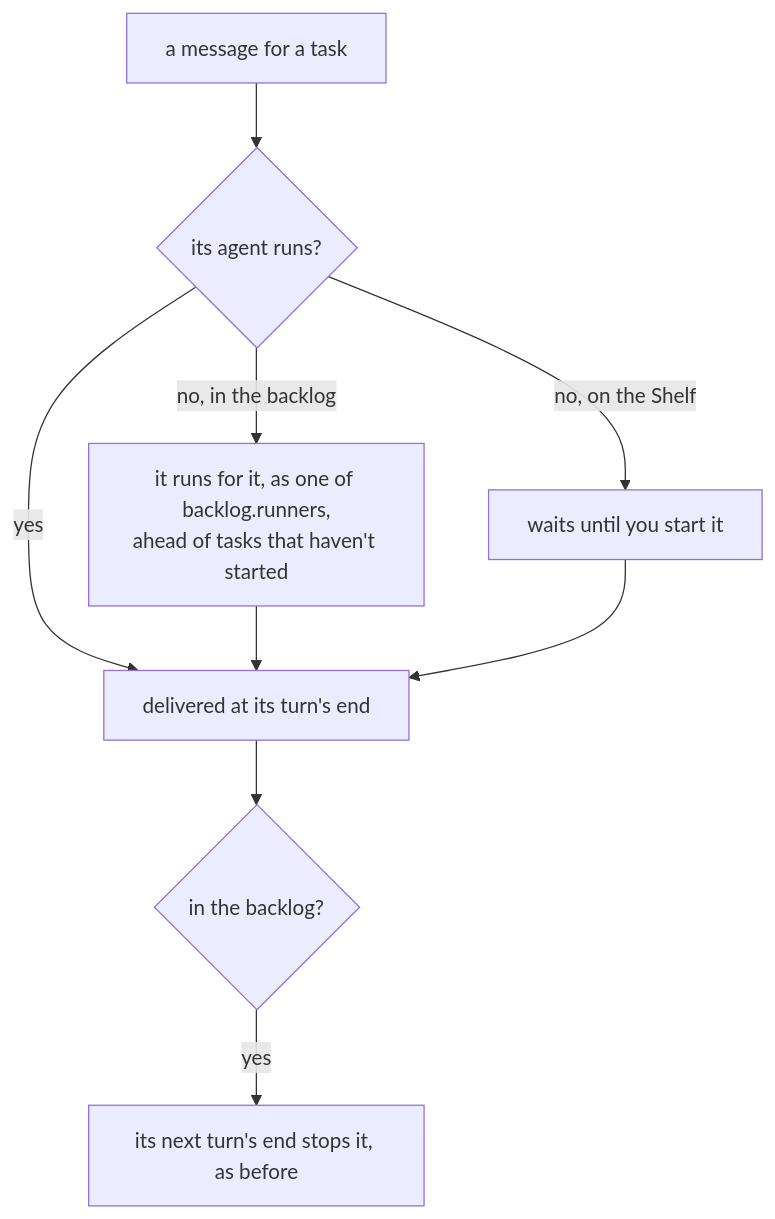
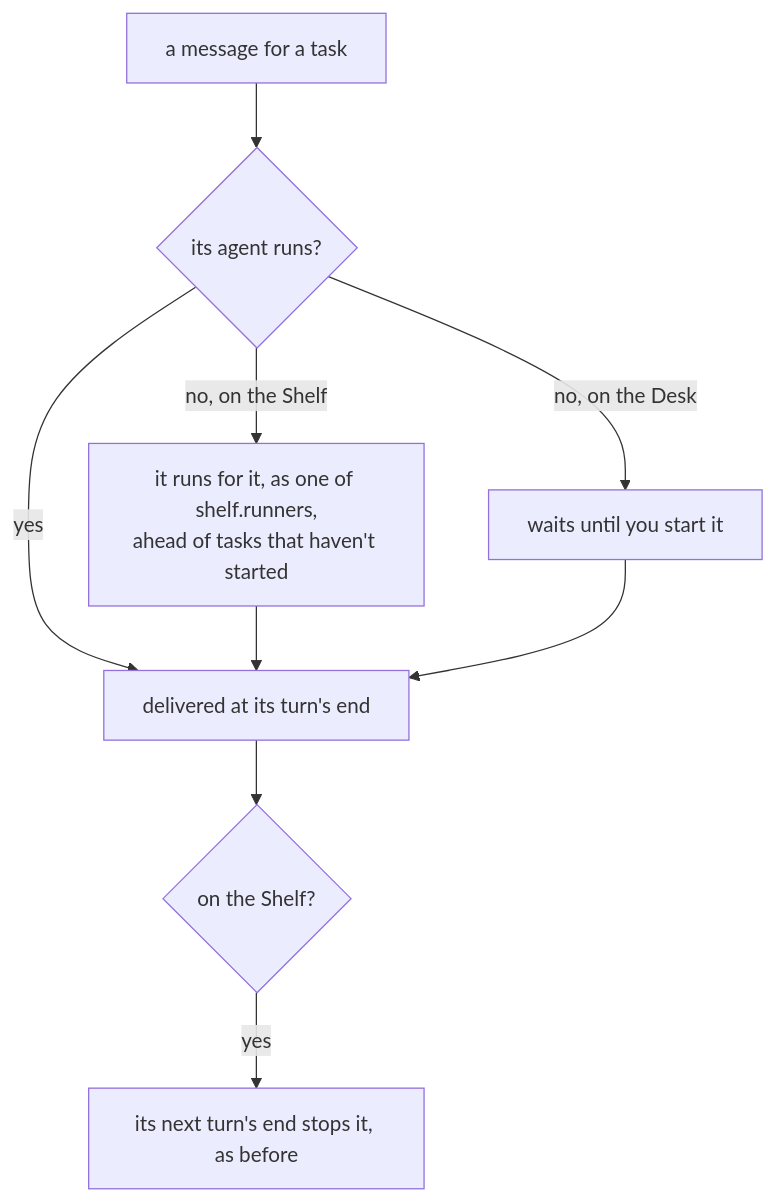
One commit to tampopogk/kanna changed the third of 3 diagrams in docs/specs/agent-messaging.md. Above: the diagram before and after it, drawn with Mermaid. The commit also changed other lines of this file and 51 other files, not shown here.

Commit message:
Specs: Desk and Shelf, the Desk view, pick, shelve, activate, park; backlog-runners → shelf-runners, backlog-search → shelf-search, shelve-latency → move-to-desk-latency

````diff
--- a/docs/specs/agent-messaging.md
+++ b/docs/specs/agent-messaging.md
@@ -65,11 +65,11 @@
 ```mermaid
 flowchart TD
     M["a message for a task"] --> R{"its agent runs?"}
     R -->|yes| W["delivered at its turn's end"]
-    R -->|"no, in the backlog"| B["it runs for it, as one of backlog.runners,<br/>ahead of tasks that haven't started"]
+    R -->|"no, on the Shelf"| B["it runs for it, as one of shelf.runners,<br/>ahead of tasks that haven't started"]
     B --> W
-    R -->|"no, on the Shelf"| S["waits until you start it"]
+    R -->|"no, on the Desk"| S["waits until you start it"]
     S --> W
-    W --> E{"in the backlog?"}
+    W --> E{"on the Shelf?"}
     E -->|yes| X["its next turn's end stops it, as before"]
 ```
````
